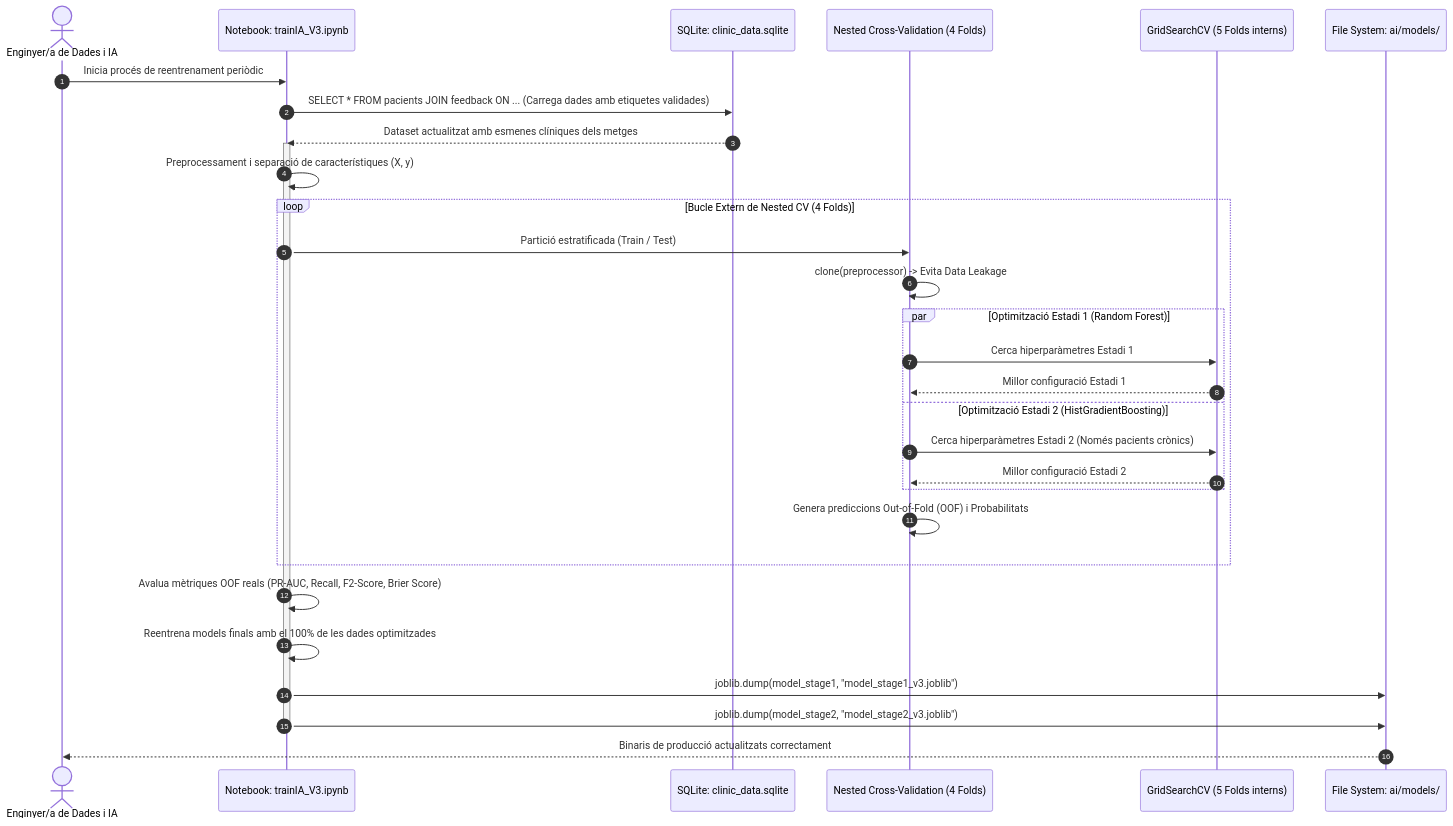
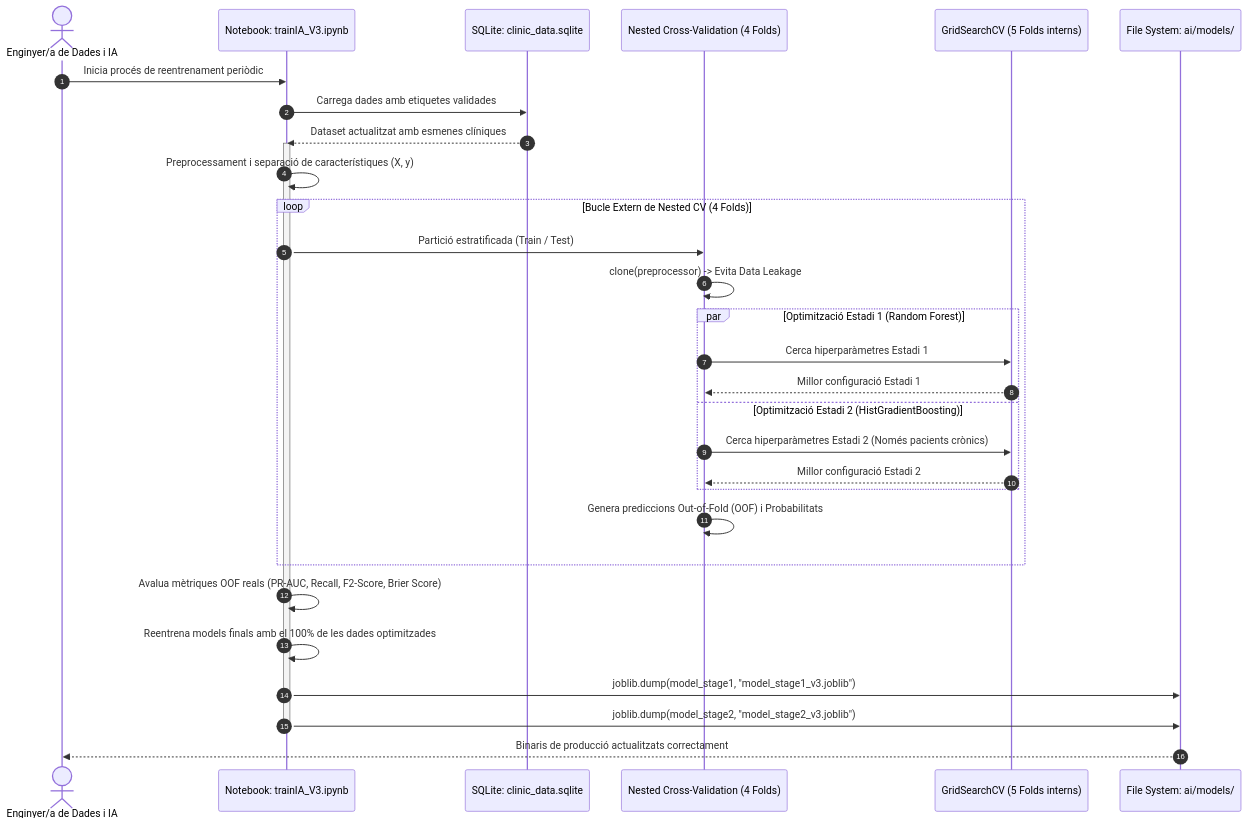
One commit to Marc-yes/TFG_MarcRoda changed the sixth of 7 diagrams in Analisi_Requisits_Cap6.md. Above: the diagram before and after it, drawn with Mermaid. The commit also changed other lines of this file, not shown here.

````diff
--- a/Analisi_Requisits_Cap6.md
+++ b/Analisi_Requisits_Cap6.md
@@ -367,41 +353,41 @@
 ```mermaid
 sequenceDiagram
     autonumber
     actor E as Enginyer/a de Dades i IA
     participant NB as Notebook: trainIA_V3.ipynb
     participant DB as SQLite: clinic_data.sqlite
     participant NCV as Nested Cross-Validation (4 Folds)
     participant GS as GridSearchCV (5 Folds interns)
     participant FS as File System: ai/models/
 
     E->>NB: Inicia procés de reentrenament periòdic
-    NB->>DB: SELECT * FROM pacients JOIN feedback ON ... (Carrega dades amb etiquetes validades)
-    DB-->>NB: Dataset actualitzat amb esmenes clíniques dels metges
+    NB->>DB: Carrega dades amb etiquetes validades
+    DB-->>NB: Dataset actualitzat amb esmenes clíniques
     
     activate NB
     NB->>NB: Preprocessament i separació de característiques (X, y)
     
     loop Bucle Extern de Nested CV (4 Folds)
         NB->>NCV: Partició estratificada (Train / Test)
         NCV->>NCV: clone(preprocessor) -> Evita Data Leakage
         
         par Optimització Estadi 1 (Random Forest)
             NCV->>GS: Cerca hiperparàmetres Estadi 1
             GS-->>NCV: Millor configuració Estadi 1
         and Optimització Estadi 2 (HistGradientBoosting)
             NCV->>GS: Cerca hiperparàmetres Estadi 2 (Només pacients crònics)
             GS-->>NCV: Millor configuració Estadi 2
         end
         
         NCV->>NCV: Genera prediccions Out-of-Fold (OOF) i Probabilitats
     end
 
     NB->>NB: Avalua mètriques OOF reals (PR-AUC, Recall, F2-Score, Brier Score)
     NB->>NB: Reentrena models finals amb el 100% de les dades optimitzades
     
     NB->>FS: joblib.dump(model_stage1, "model_stage1_v3.joblib")
     NB->>FS: joblib.dump(model_stage2, "model_stage2_v3.joblib")
     deactivate NB
     
     FS-->>E: Binaris de producció actualitzats correctament
 ```
````
